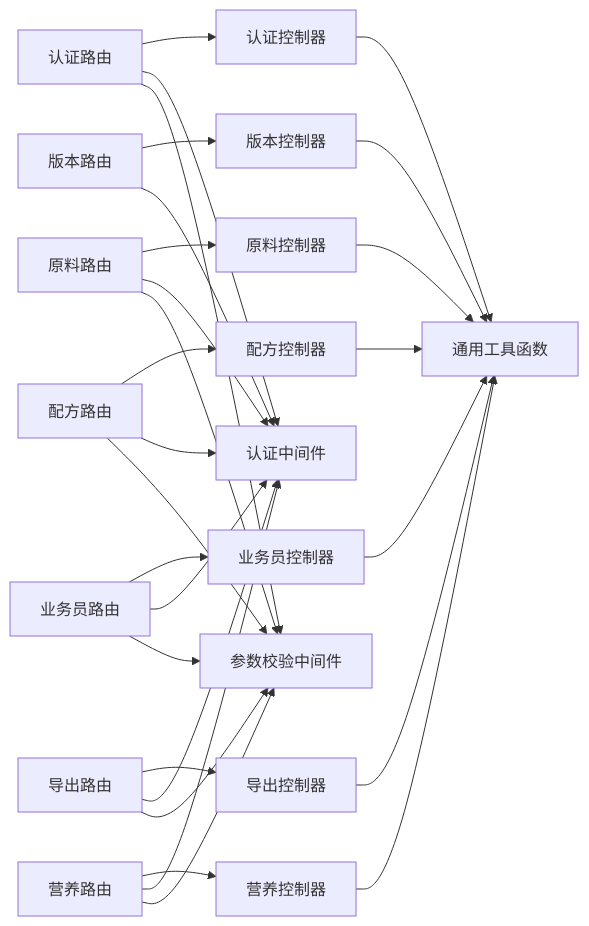
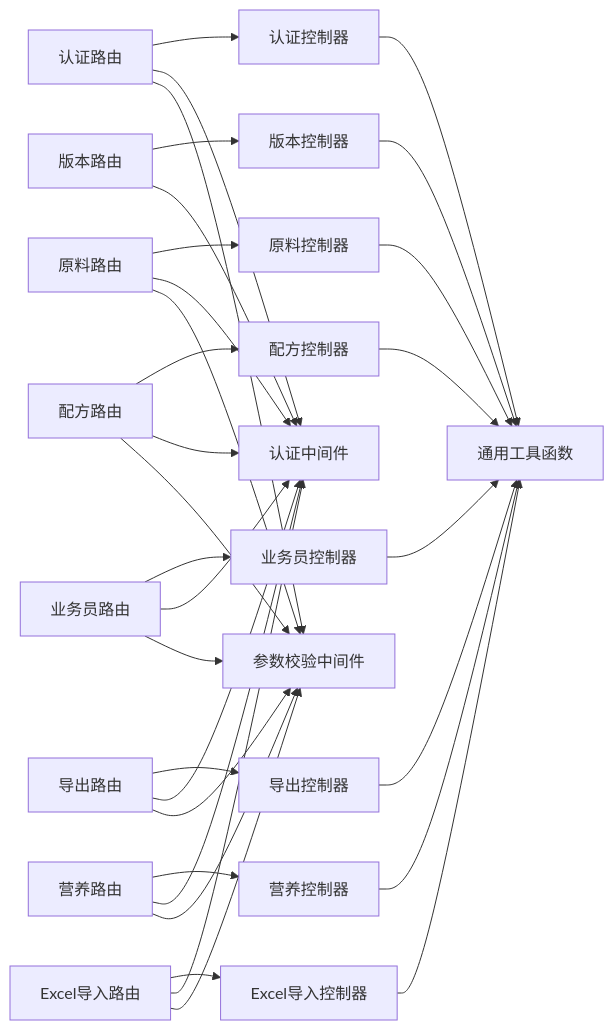
Before and after one commit to xpretycn/TingStudio: the third of 3 diagrams in .qoder/repowiki/zh/content/API 接口文档/API 接口文档.md, drawn with Mermaid. The commit also changed other lines of this file and 56 other files, not shown here.

````diff
--- a/.qoder/repowiki/zh/content/API 接口文档/API 接口文档.md
+++ b/.qoder/repowiki/zh/content/API 接口文档/API 接口文档.md
@@ -347,30 +411,34 @@
 ```mermaid
 graph LR
 AuthRoute["认证路由"] --> AuthCtrl["认证控制器"]
 MatRoute["原料路由"] --> MatCtrl["原料控制器"]
 FormulaRoute["配方路由"] --> FormulaCtrl["配方控制器"]
 SalesmanRoute["业务员路由"] --> SalesmanCtrl["业务员控制器"]
 VersionRoute["版本路由"] --> VersionCtrl["版本控制器"]
 ExportRoute["导出路由"] --> ExportCtrl["导出控制器"]
 NutritionRoute["营养路由"] --> NutritionCtrl["营养控制器"]
+ImportRoute["Excel导入路由"] --> ImportCtrl["Excel导入控制器"]
 AuthRoute --> AuthMW["认证中间件"]
 MatRoute --> AuthMW
 FormulaRoute --> AuthMW
 SalesmanRoute --> AuthMW
 VersionRoute --> AuthMW
 ExportRoute --> AuthMW
 NutritionRoute --> AuthMW
+ImportRoute --> AuthMW
 AuthRoute --> Validate["参数校验中间件"]
 MatRoute --> Validate
 FormulaRoute --> Validate
 SalesmanRoute --> Validate
 ExportRoute --> Validate
 NutritionRoute --> Validate
+ImportRoute --> Validate
 AuthCtrl --> Helpers["通用工具函数"]
 MatCtrl --> Helpers
 FormulaCtrl --> Helpers
 SalesmanCtrl --> Helpers
 VersionCtrl --> Helpers
 ExportCtrl --> Helpers
 NutritionCtrl --> Helpers
+ImportCtrl --> Helpers
 ```
````
